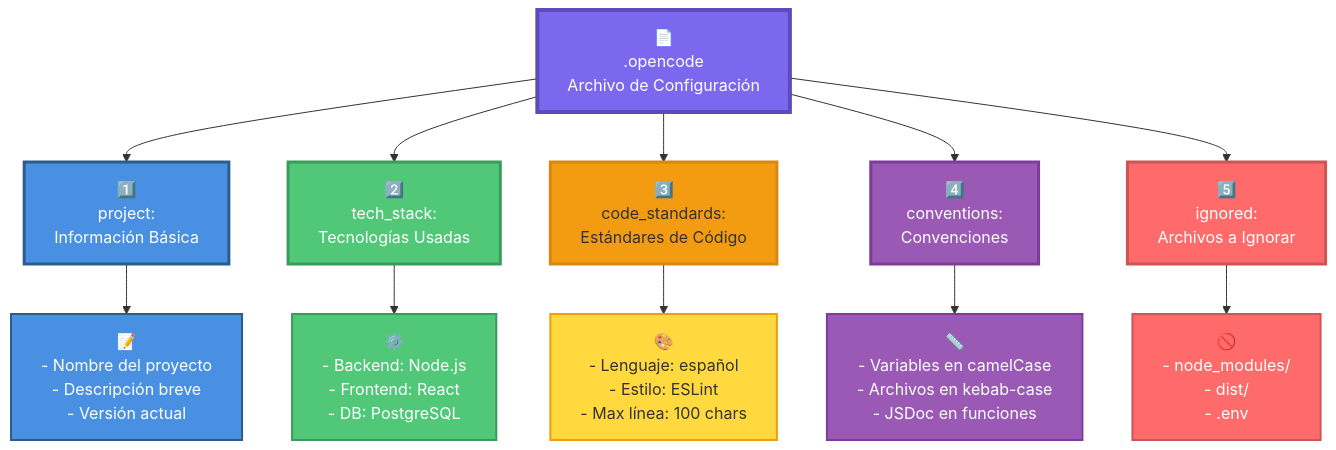
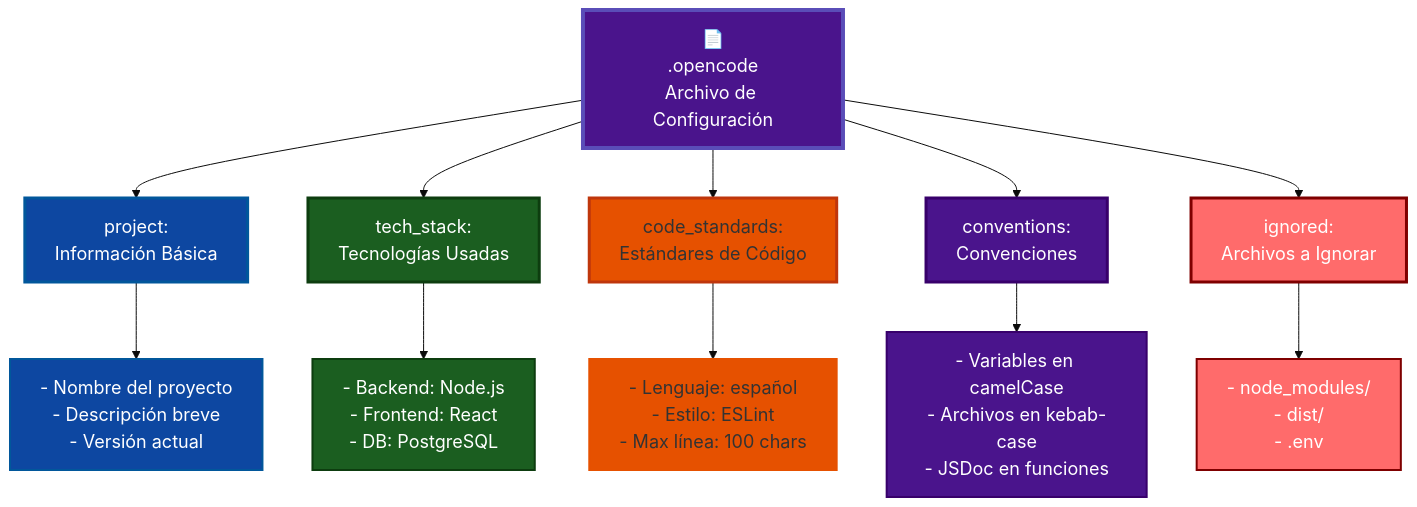
Before and after one commit to Ai-Whisperers/Courses-Content: the fourth of 8 diagrams in courses/🟡-development/FPUNA-2026/00-FUNDAMENTOS-PRINCIPALES/04-ingenieria-contexto.md, drawn with Mermaid. The commit also changed other lines of this file and 47 other files, not shown here.

First line of the commit message:
fix: Make all 473 diagrams WCAG AAA accessible (FPUNA-2026)

````diff
--- a/courses/🟡-development/FPUNA-2026/00-FUNDAMENTOS-PRINCIPALES/04-ingenieria-contexto.md
+++ b/courses/🟡-development/FPUNA-2026/00-FUNDAMENTOS-PRINCIPALES/04-ingenieria-contexto.md
@@ -187,27 +190,28 @@
 ```mermaid
+%%{init: {'theme':'base', 'themeVariables': {'fontSize':'18px'}}}%%
 graph TD
-    A["📄<br/>.opencode<br/>Archivo de Configuración"] --> B["1️⃣<br/>project:<br/>Información Básica"]
-    A --> C["2️⃣<br/>tech_stack:<br/>Tecnologías Usadas"]
-    A --> D["3️⃣<br/>code_standards:<br/>Estándares de Código"]
-    A --> E["4️⃣<br/>conventions:<br/>Convenciones"]
-    A --> F["5️⃣<br/>ignored:<br/>Archivos a Ignorar"]
+    A["📄<br/>.opencode<br/>Archivo de Configuración"] --> B["project:<br/>Información Básica"]
+    A --> C["tech_stack:<br/>Tecnologías Usadas"]
+    A --> D["code_standards:<br/>Estándares de Código"]
+    A --> E["conventions:<br/>Convenciones"]
+    A --> F["ignored:<br/>Archivos a Ignorar"]
     
-    B --> B1["📝<br/>- Nombre del proyecto<br/>- Descripción breve<br/>- Versión actual"]
-    C --> C1["⚙️<br/>- Backend: Node.js<br/>- Frontend: React<br/>- DB: PostgreSQL"]
-    D --> D1["🎨<br/>- Lenguaje: español<br/>- Estilo: ESLint<br/>- Max línea: 100 chars"]
-    E --> E1["📏<br/>- Variables en camelCase<br/>- Archivos en kebab-case<br/>- JSDoc en funciones"]
-    F --> F1["🚫<br/>- node_modules/<br/>- dist/<br/>- .env"]
+    B --> B1["- Nombre del proyecto<br/>- Descripción breve<br/>- Versión actual"]
+    C --> C1["- Backend: Node.js<br/>- Frontend: React<br/>- DB: PostgreSQL"]
+    D --> D1["- Lenguaje: español<br/>- Estilo: ESLint<br/>- Max línea: 100 chars"]
+    E --> E1["- Variables en camelCase<br/>- Archivos en kebab-case<br/>- JSDoc en funciones"]
+    F --> F1["- node_modules/<br/>- dist/<br/>- .env"]
     
-    style A fill:#7B68EE,stroke:#5A4DB8,stroke-width:4px,color:#fff
-    style B fill:#4A90E2,stroke:#2E5C8A,stroke-width:3px,color:#fff
-    style C fill:#50C878,stroke:#3A9B5C,stroke-width:3px,color:#fff
-    style D fill:#F39C12,stroke:#D68910,stroke-width:3px,color:#333
-    style E fill:#9B59B6,stroke:#7D3C98,stroke-width:3px,color:#fff
-    style F fill:#FF6B6B,stroke:#CC5555,stroke-width:3px,color:#fff
+    style A fill:#4a148c,stroke:#5A4DB8,stroke-width:4px,color:#fff
+    style B fill:#0d47a1,stroke:#01579b,stroke-width:3px,color:#fff
+    style C fill:#1b5e20,stroke:#0d3d0f,stroke-width:3px,color:#fff
+    style D fill:#e65100,stroke:#bf360c,stroke-width:3px,color:#333
+    style E fill:#4a148c,stroke:#38006b,stroke-width:3px,color:#fff
+    style F fill:#FF6B6B,stroke:#7f0000,stroke-width:3px,color:#fff
     
-    style B1 fill:#4A90E2,stroke:#2E5C8A,stroke-width:2px,color:#fff
-    style C1 fill:#50C878,stroke:#3A9B5C,stroke-width:2px,color:#fff
-    style D1 fill:#FFD93D,stroke:#F39C12,stroke-width:2px,color:#333
-    style E1 fill:#9B59B6,stroke:#7D3C98,stroke-width:2px,color:#fff
-    style F1 fill:#FF6B6B,stroke:#CC5555,stroke-width:2px,color:#fff
+    style B1 fill:#0d47a1,stroke:#01579b,stroke-width:2px,color:#fff
+    style C1 fill:#1b5e20,stroke:#0d3d0f,stroke-width:2px,color:#fff
+    style D1 fill:#e65100,stroke:#e65100,stroke-width:2px,color:#333
+    style E1 fill:#4a148c,stroke:#38006b,stroke-width:2px,color:#fff
+    style F1 fill:#FF6B6B,stroke:#7f0000,stroke-width:2px,color:#fff
 ```
````
